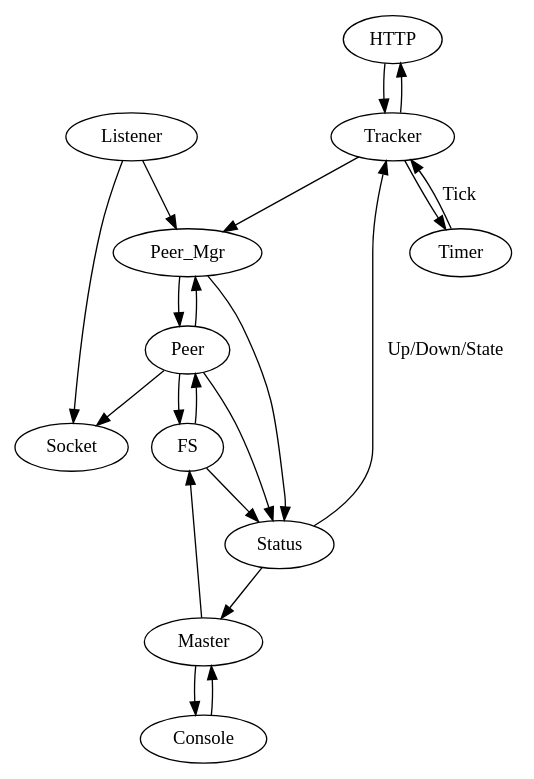
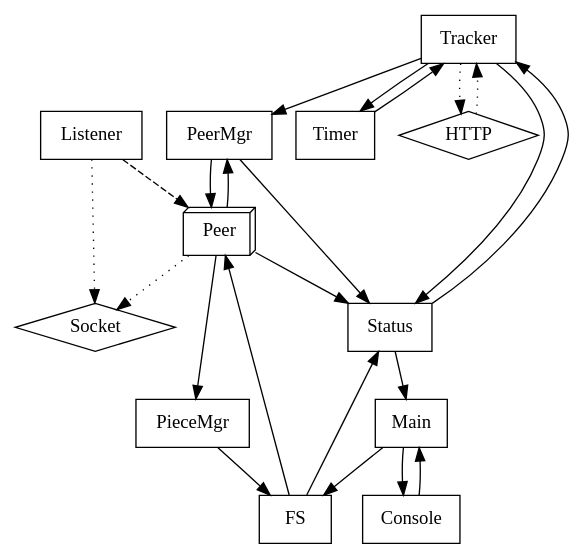
Before and after one commit to jlouis/combinatorrent: the diagram in doc/processes.dot, drawn with Graphviz.

Commit message:
Update Process diagram.

```diff
--- a/doc/processes.dot
+++ b/doc/processes.dot
@@ -1,43 +1,58 @@
 digraph {
 
-	HTTP;
+	node [shape=box];
 	Tracker;
-	Peer_Mgr;
-	Peer;
-	Socket;
+	PeerMgr;
+	Peer [shape=box3d];
+
 	Status;
 	FS;
-	Master;
+	Main;
 	Console;
 	Timer;
+	PieceMgr;
 
+	Listener;
+
+	node [shape=diamond];
+	HTTP;
+	Socket;
+
+	edge [style=dotted];
 	Tracker -> HTTP;
 	HTTP    -> Tracker;
+	Peer -> Socket;
+	Listener-> Socket;
 
-	Tracker -> Peer_Mgr;
+	edge [style=solid];
+
+	Tracker -> PeerMgr;
 	Tracker -> Timer;
+	Tracker -> Status
 
-	Timer -> Tracker [label="Tick"];
+	Timer -> Tracker;
 
-	Peer_Mgr -> Peer;
-	Peer_Mgr -> Status;
+	PeerMgr -> Peer;
+	PeerMgr -> Status;
 
-	Peer -> Peer_Mgr;
-	Peer -> Socket;
-	Peer -> FS;
+	Peer -> PeerMgr;
+
+	FS -> Peer;
 	Peer -> Status;
 
-	FS -> Peer;
+	Peer -> PieceMgr;
+
+	PieceMgr -> FS;
+
 	FS -> Status;
 
-	Master -> Console;
-	Master -> FS;
+	Main -> Console;
+	Main -> FS;
 
-	Console -> Master;
+	Console -> Main;
 
-	Status -> Tracker [label="Up/Down/State"];
-	Status -> Master;
+	Status -> Tracker;
+	Status -> Main;
 
-	Listener -> Socket;
-	Listener -> Peer_Mgr;
+	Listener -> Peer [style=dashed];
 }
```
